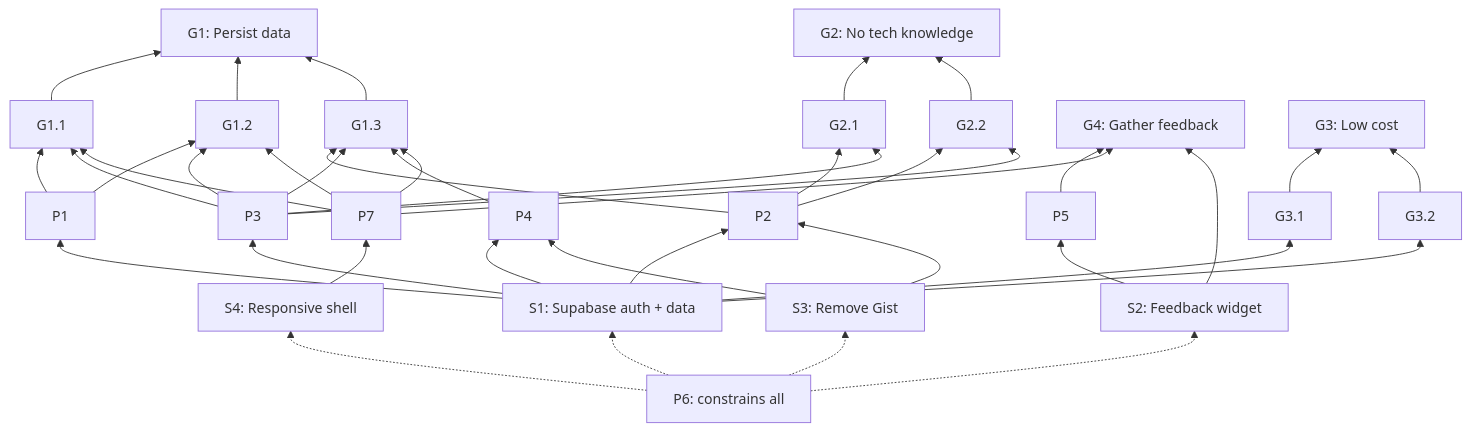
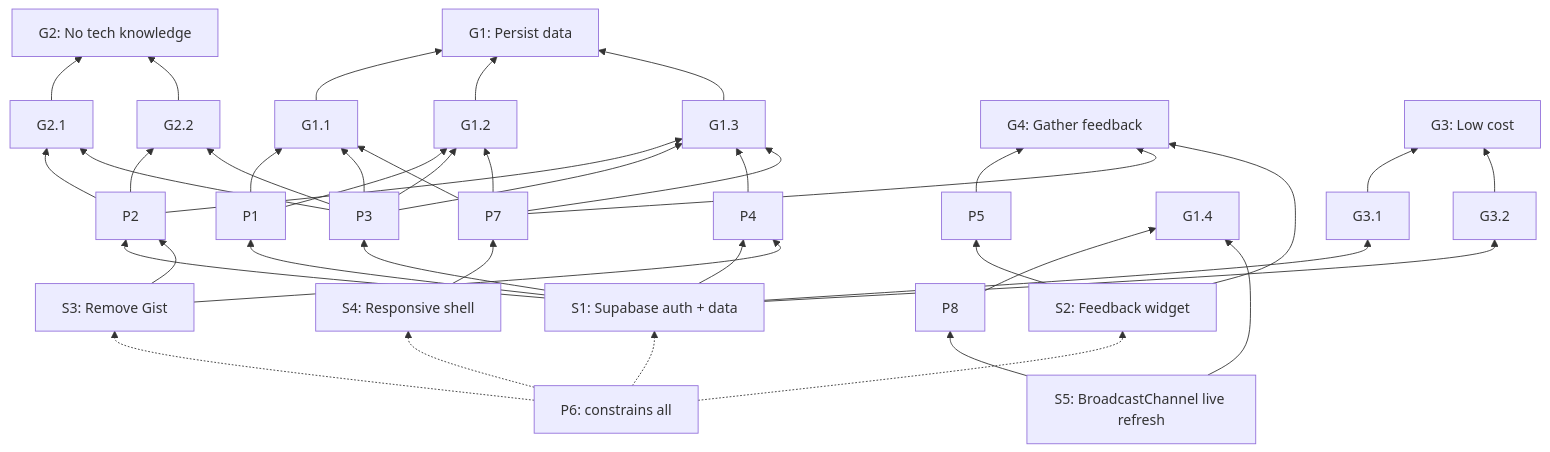
The diagram in docs/02-analysis/gpsr-iam-persistence-feedback.md (dkallen/claude-course), drawn with Mermaid before and after one commit. The commit also changed other lines of this file and 9 other files, not shown here.

Commit message:
Add same-browser live note refresh with BroadcastChannel

````diff
--- a/docs/02-analysis/gpsr-iam-persistence-feedback.md
+++ b/docs/02-analysis/gpsr-iam-persistence-feedback.md
@@ -151,45 +169,48 @@
 ```mermaid
 graph BT
     S1[S1: Supabase auth + data] --> P1
     S1 --> P2
     S1 --> P3
     S1 --> P4
     S2[S2: Feedback widget] --> P5
     S3[S3: Remove Gist] --> P2
     S3 --> P4
     S4[S4: Responsive shell] --> P7
+    S5[S5: BroadcastChannel live refresh] --> P8
 
     P1 --> G1.1
     P1 --> G1.2
     P2 --> G1.3
     P2 --> G2.1
     P2 --> G2.2
     P3 --> G1.1
     P3 --> G1.2
     P3 --> G1.3
     P3 --> G2.1
     P3 --> G2.2
     P4 --> G1.3
     P5 --> G4
     P7 --> G1.1
     P7 --> G1.2
     P7 --> G1.3
     P7 --> G4
+    P8 --> G1.4
 
     G1.1 --> G1[G1: Persist data]
     G1.2 --> G1
     G1.3 --> G1
     G2.1 --> G2[G2: No tech knowledge]
     G2.2 --> G2
     G3.1 --> G3[G3: Low cost]
     G3.2 --> G3
 
     S1 --> G3.1
     S1 --> G3.2
     S2 --> G4[G4: Gather feedback]
+    S5 --> G1.4
 
     P6[P6: constrains all] -.-> S1
     P6 -.-> S2
     P6 -.-> S3
     P6 -.-> S4
 ```
````
